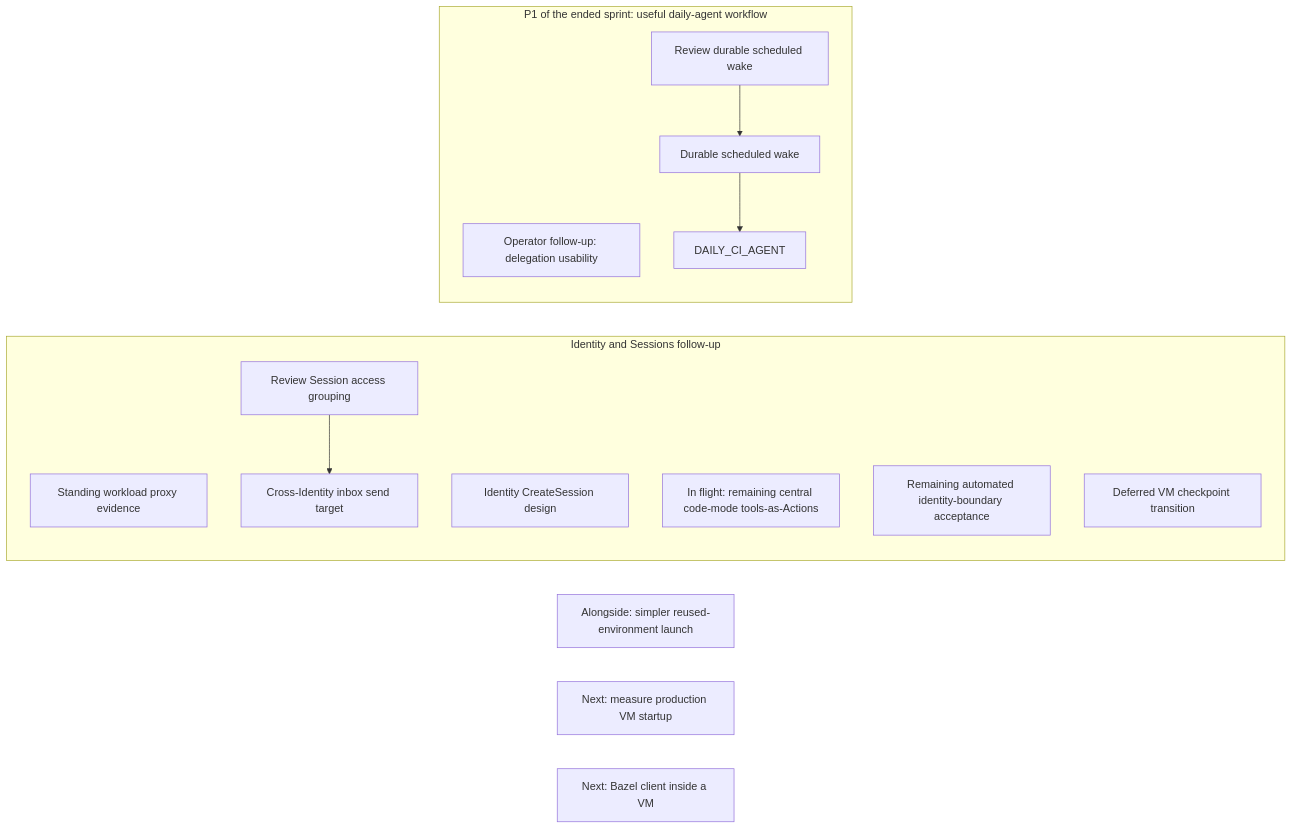
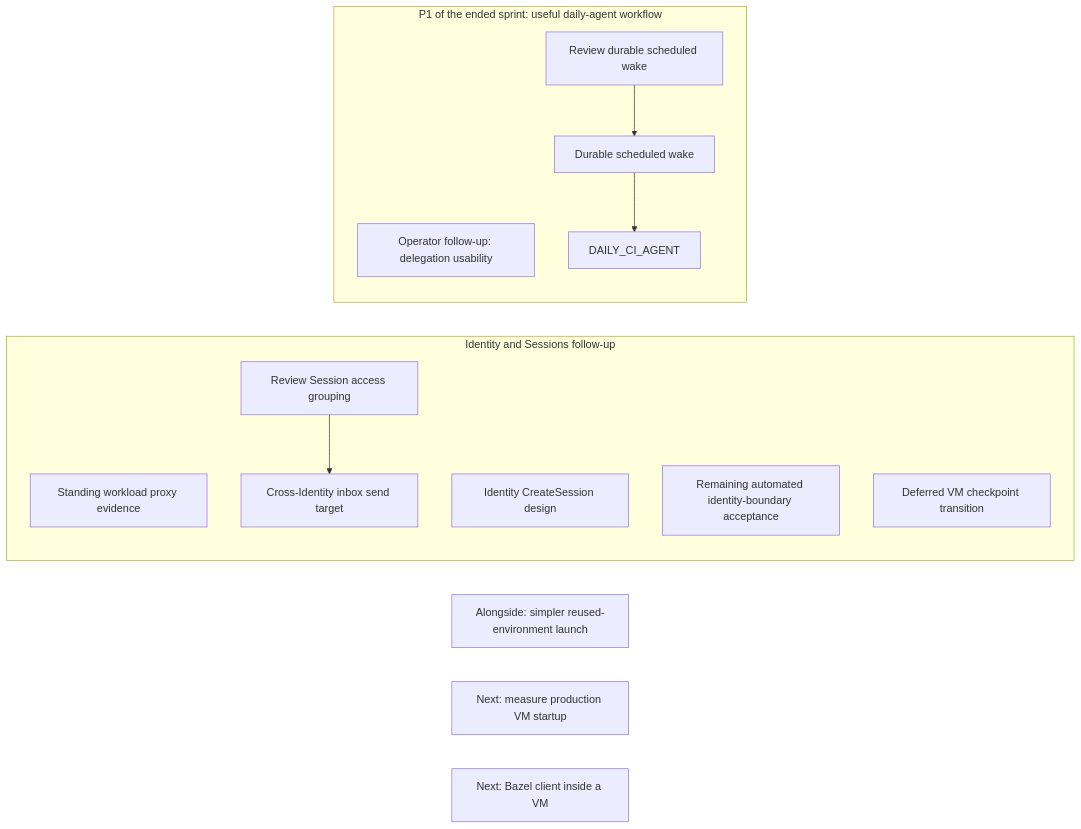
Before and after one commit to agentydragon/ducktape: the third of 21 diagrams in agentplane/plans/task_dag.md, drawn with Mermaid. The commit also changed other lines of this file and 7 other files, not shown here.

````diff
--- a/agentplane/plans/task_dag.md
+++ b/agentplane/plans/task_dag.md
@@ -298,19 +279,18 @@
 ```mermaid
 flowchart LR
     subgraph IDENTITY_TRACK[Identity and Sessions follow-up]
         STANDING_WORKLOAD_IDENTITY[Standing workload proxy evidence]
         SESSION_ACCESS_GROUPING_DESIGN[Review Session access grouping] --> SESSION_IDENTITY_AUTHZ[Cross-Identity inbox send target]
         SESSION_SUBAGENT_DELEGATION[Identity CreateSession design]
-        CENTRAL_SESSION_DELEGATED_ACTING[In flight: remaining central code-mode tools-as-Actions]
         IDENTITY_SYSTEM_TESTS[Remaining automated identity-boundary acceptance]
         SANDBOX_IDENTITY_CHANGE_CHECKPOINT[Deferred VM checkpoint transition]
     end
     subgraph PRIORITY_ONE[P1 of the ended sprint: useful daily-agent workflow]
         THREAD_CREATE_AUTHORIZATION[Operator follow-up: delegation usability]
         SCHEDULED_AGENT_WAKE_DESIGN[Review durable scheduled wake] --> SCHEDULED_AGENT_WAKE
         SCHEDULED_AGENT_WAKE[Durable scheduled wake] --> DAILY_CI_AGENT
     end
     SESSION_LAUNCH_FRICTION[Alongside: simpler reused-environment launch]
     VM_STARTUP_LATENCY[Next: measure production VM startup]
     LOCAL_BAZEL[Next: Bazel client inside a VM]
 ```
````
